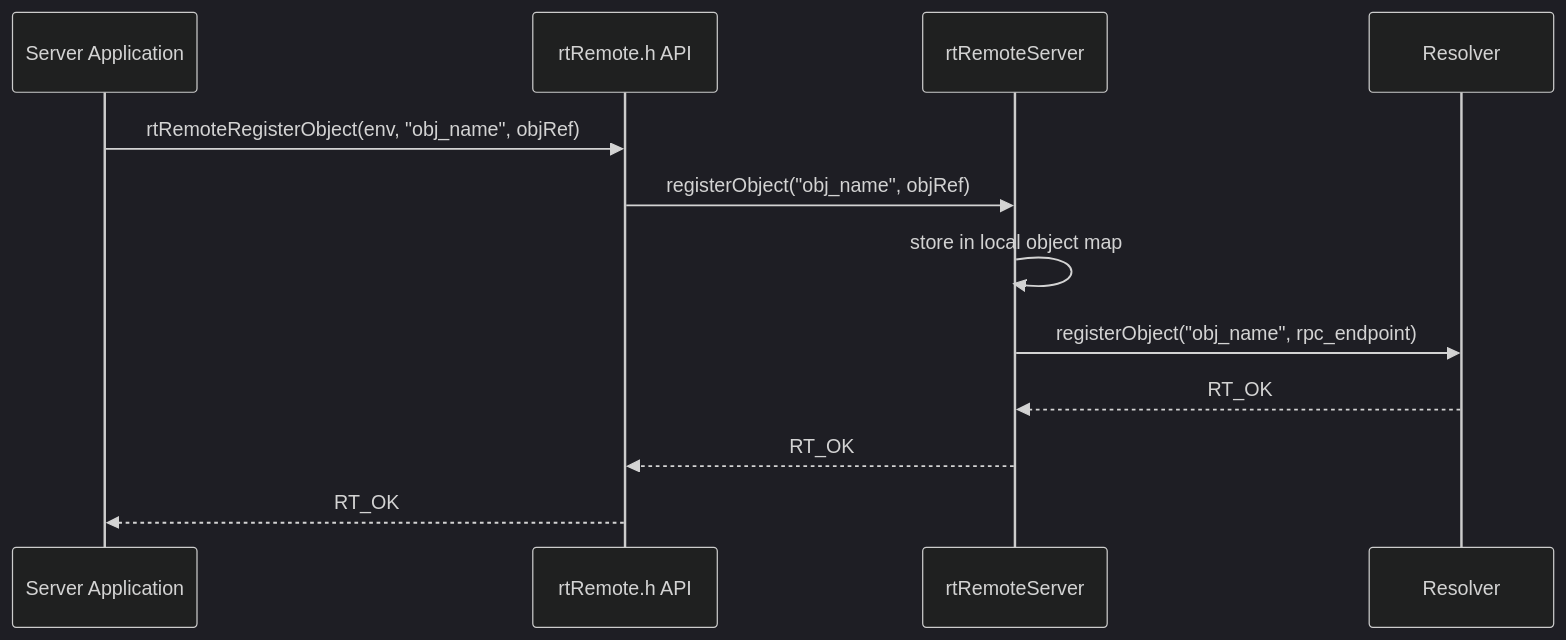
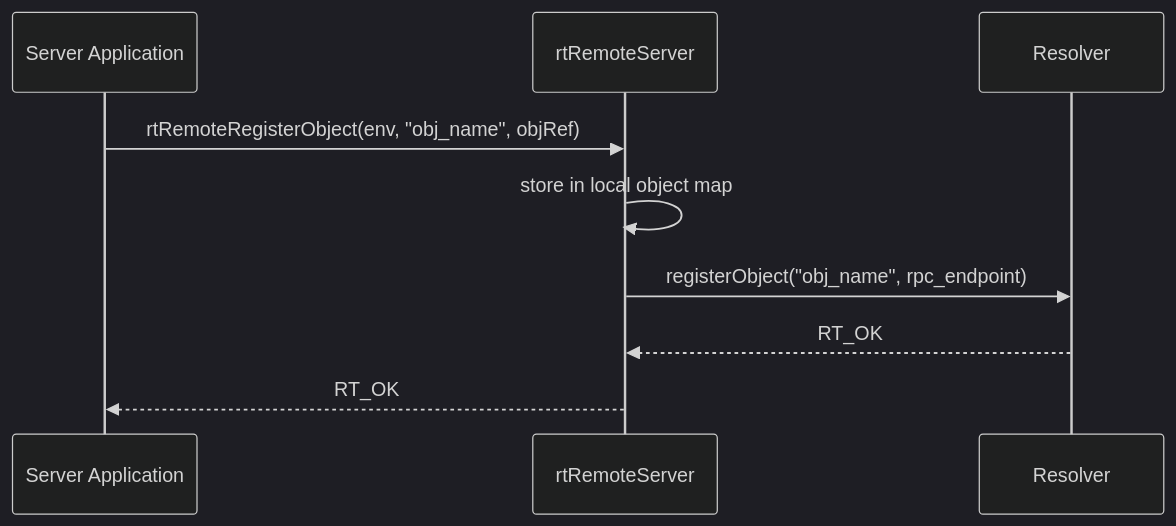
One commit to rns21/RDK_Documentation changed the fifth of 8 diagrams in docs/docu/RDKV-Documentations/rtremote.md. Above: the diagram before and after it, drawn with Mermaid (dark theme). The commit also changed other lines of this file, not shown here.

````diff
--- a/docs/docu/RDKV-Documentations/rtremote.md
+++ b/docs/docu/RDKV-Documentations/rtremote.md
@@ -221,15 +218,12 @@
 ```mermaid
 sequenceDiagram
     participant ServerApp as Server Application
-    participant API as rtRemote.h API
     participant Srv as rtRemoteServer
     participant Res as Resolver
 
-    ServerApp->>API: rtRemoteRegisterObject(env, "obj_name", objRef)
-    API->>Srv: registerObject("obj_name", objRef)
+    ServerApp->>Srv: rtRemoteRegisterObject(env, "obj_name", objRef)
     Srv->>Srv: store in local object map
     Srv->>Res: registerObject("obj_name", rpc_endpoint)
     Res-->>Srv: RT_OK
-    Srv-->>API: RT_OK
-    API-->>ServerApp: RT_OK
+    Srv-->>ServerApp: RT_OK
 ```
````
